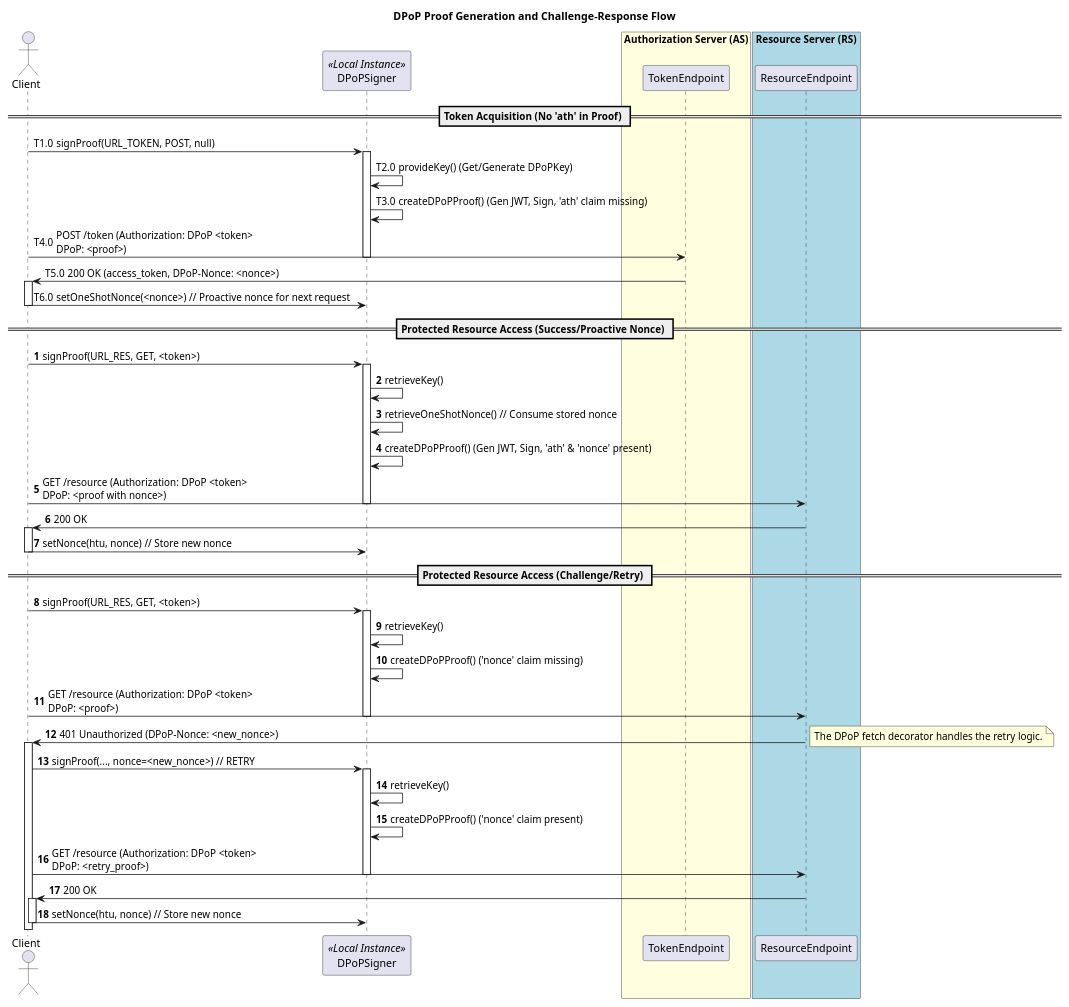
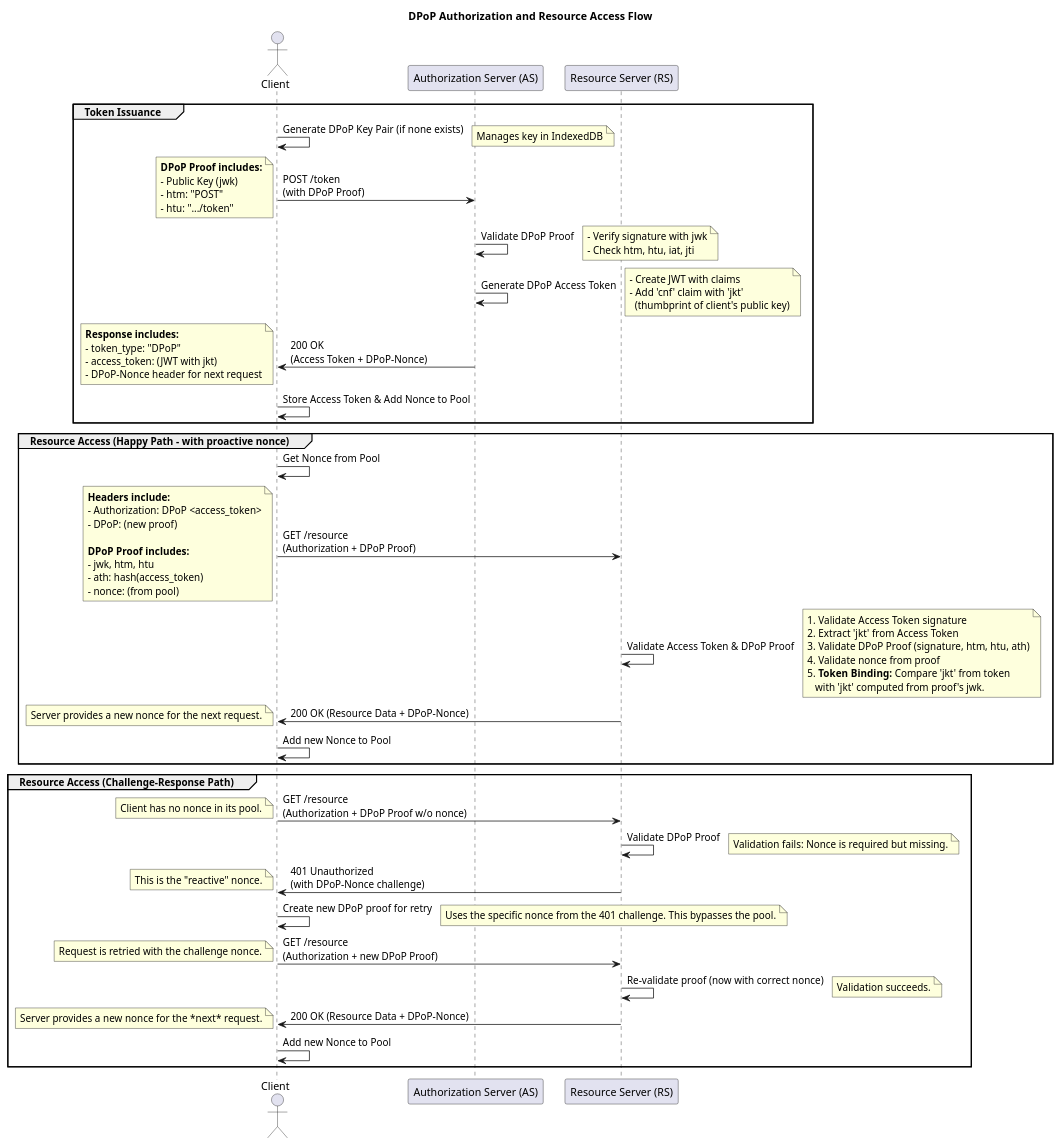
Before and after one commit to olvlvl/poc-dpop: the diagram in dpop.puml, drawn with PlantUML. The commit also changed 7 other files, not shown here.

Commit message:
Better demonstration of required nonce vs. non-required

```diff
--- a/dpop.puml
+++ b/dpop.puml
@@ -1,73 +1,99 @@
-@startuml DPoP_Flow
-title DPoP Proof Generation and Challenge-Response Flow
+@startuml
+title DPoP Authorization and Resource Access Flow
 
 actor Client as C
-participant DPoPSigner as S <<Local Instance>>
-box "Authorization Server (AS)" #LightYellow
-    participant TokenEndpoint as AS_Token
-end box
-box "Resource Server (RS)" #LightBlue
-    participant ResourceEndpoint as RS_Res
-end box
+participant "Authorization Server (AS)" as AS
+participant "Resource Server (RS)" as RS
 
-autonumber "T.0"
-== Token Acquisition (No 'ath' in Proof) ==
+group Token Issuance
+    C -> C: Generate DPoP Key Pair (if none exists)
+    note right: Manages key in IndexedDB
 
-C -> S: signProof(URL_TOKEN, POST, null)
-activate S
-S -> S: provideKey() (Get/Generate DPoPKey)
-S -> S: createDPoPProof() (Gen JWT, Sign, 'ath' claim missing)
-C -> AS_Token: POST /token (Authorization: DPoP <token>\nDPoP: <proof>)
-deactivate S
+    C -> AS: POST /token\n(with DPoP Proof)
+    note left
+      **DPoP Proof includes:**
+      - Public Key (jwk)
+      - htm: "POST"
+      - htu: ".../token"
+    end note
 
-AS_Token -> C: 200 OK (access_token, DPoP-Nonce: <nonce>)
-activate C
-C -> S: setOneShotNonce(<nonce>) // Proactive nonce for next request
-deactivate C
+    AS -> AS: Validate DPoP Proof
+    note right
+     - Verify signature with jwk
+     - Check htm, htu, iat, jti
+    end note
 
-autonumber 1
-== Protected Resource Access (Success/Proactive Nonce) ==
+    AS -> AS: Generate DPoP Access Token
+    note right
+     - Create JWT with claims
+     - Add 'cnf' claim with 'jkt'
+       (thumbprint of client's public key)
+    end note
 
-C -> S: signProof(URL_RES, GET, <token>)
-activate S
-S -> S: retrieveKey()
-S -> S: retrieveOneShotNonce() // Consume stored nonce
-S -> S: createDPoPProof() (Gen JWT, Sign, 'ath' & 'nonce' present)
-C -> RS_Res: GET /resource (Authorization: DPoP <token>\nDPoP: <proof with nonce>)
-deactivate S
+    AS -> C: 200 OK\n(Access Token + DPoP-Nonce)
+    note left
+      **Response includes:**
+      - token_type: "DPoP"
+      - access_token: (JWT with jkt)
+      - DPoP-Nonce header for next request
+    end note
 
-RS_Res -> C: 200 OK
-activate C
-C -> S: setNonce(htu, nonce) // Store new nonce
-deactivate C
+    C -> C: Store Access Token & Add Nonce to Pool
+end
 
-autonumber resume
-== Protected Resource Access (Challenge/Retry) ==
+group Resource Access (Happy Path - with proactive nonce)
+    C -> C: Get Nonce from Pool
+    C -> RS: GET /resource\n(Authorization + DPoP Proof)
+    note left
+      **Headers include:**
+      - Authorization: DPoP <access_token>
+      - DPoP: (new proof)
 
-C -> S: signProof(URL_RES, GET, <token>)
-activate S
-S -> S: retrieveKey()
-S -> S: createDPoPProof() ('nonce' claim missing)
-C -> RS_Res: GET /resource (Authorization: DPoP <token>\nDPoP: <proof>)
-deactivate S
+      **DPoP Proof includes:**
+      - jwk, htm, htu
+      - ath: hash(access_token)
+      - nonce: (from pool)
+    end note
 
-RS_Res -> C: 401 Unauthorized (DPoP-Nonce: <new_nonce>)
-activate C
+    RS -> RS: Validate Access Token & DPoP Proof
+    note right
+      1. Validate Access Token signature
+      2. Extract 'jkt' from Access Token
+      3. Validate DPoP Proof (signature, htm, htu, ath)
+      4. Validate nonce from proof
+      5. **Token Binding:** Compare 'jkt' from token
+         with 'jkt' computed from proof's jwk.
+    end note
 
-note right
-    The DPoP fetch decorator handles the retry logic.
-end note
+    RS -> C: 200 OK (Resource Data + DPoP-Nonce)
+    note left: Server provides a new nonce for the next request.
 
-C -> S: signProof(..., nonce=<new_nonce>) // RETRY
-activate S
-S -> S: retrieveKey()
-S -> S: createDPoPProof() ('nonce' claim present)
-C -> RS_Res: GET /resource (Authorization: DPoP <token>\nDPoP: <retry_proof>)
-deactivate S
+    C -> C: Add new Nonce to Pool
+end
 
-RS_Res -> C: 200 OK
-activate C
-C -> S: setNonce(htu, nonce) // Store new nonce
-deactivate C
+group Resource Access (Challenge-Response Path)
+    C -> RS: GET /resource\n(Authorization + DPoP Proof w/o nonce)
+    note left: Client has no nonce in its pool.
+
+    RS -> RS: Validate DPoP Proof
+    note right: Validation fails: Nonce is required but missing.
+
+    RS -> C: 401 Unauthorized\n(with DPoP-Nonce challenge)
+    note left: This is the "reactive" nonce.
+
+    C -> C: Create new DPoP proof for retry
+    note right: Uses the specific nonce from the 401 challenge. This bypasses the pool.
+
+    C -> RS: GET /resource\n(Authorization + new DPoP Proof)
+    note left: Request is retried with the challenge nonce.
+
+    RS -> RS: Re-validate proof (now with correct nonce)
+    note right: Validation succeeds.
+
+    RS -> C: 200 OK (Resource Data + DPoP-Nonce)
+    note left: Server provides a new nonce for the *next* request.
+
+    C -> C: Add new Nonce to Pool
+end
 
 @enduml
```
